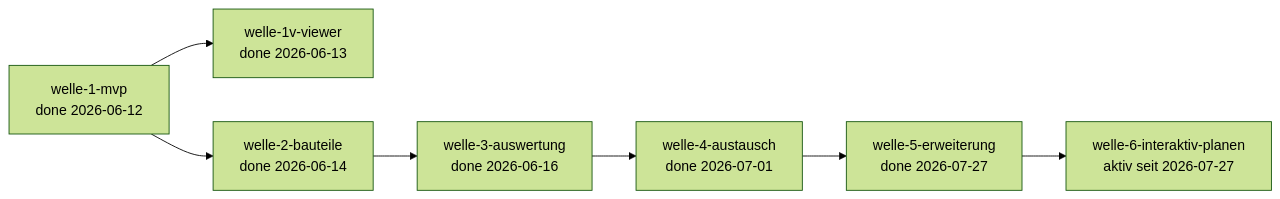
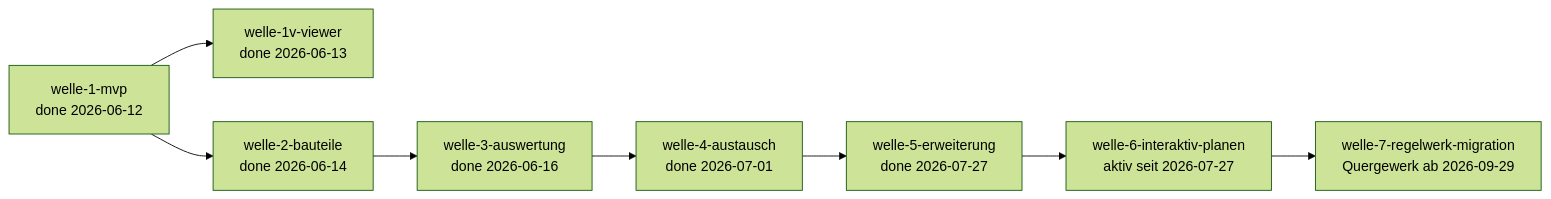
The diagram in docs/plan/planning/in-progress/roadmap.md (pt9912/b-cad), drawn with Mermaid (forest theme) before and after one commit. The commit also changed other lines of this file and 3 other files, not shown here.

First line of the commit message:
docs(slice-062..064): welle-7-regelwerk-migration geschnitten — drei Slice-Pläne + Roadmap

````diff
--- a/docs/plan/planning/in-progress/roadmap.md
+++ b/docs/plan/planning/in-progress/roadmap.md
@@ -73,13 +95,15 @@
 ```mermaid
 flowchart LR
     W1[welle-1-mvp<br/>done 2026-06-12]
     W1V[welle-1v-viewer<br/>done 2026-06-13]
     W2[welle-2-bauteile<br/>done 2026-06-14]
     W3[welle-3-auswertung<br/>done 2026-06-16]
     W4[welle-4-austausch<br/>done 2026-07-01]
     W5[welle-5-erweiterung<br/>done 2026-07-27]
     W6[welle-6-interaktiv-planen<br/>aktiv seit 2026-07-27]
+    W7[welle-7-regelwerk-migration<br/>Quergewerk ab 2026-09-29]
 
     W1 --> W1V
     W1 --> W2 --> W3 --> W4 --> W5 --> W6
+    W6 --> W7
 ```
````
